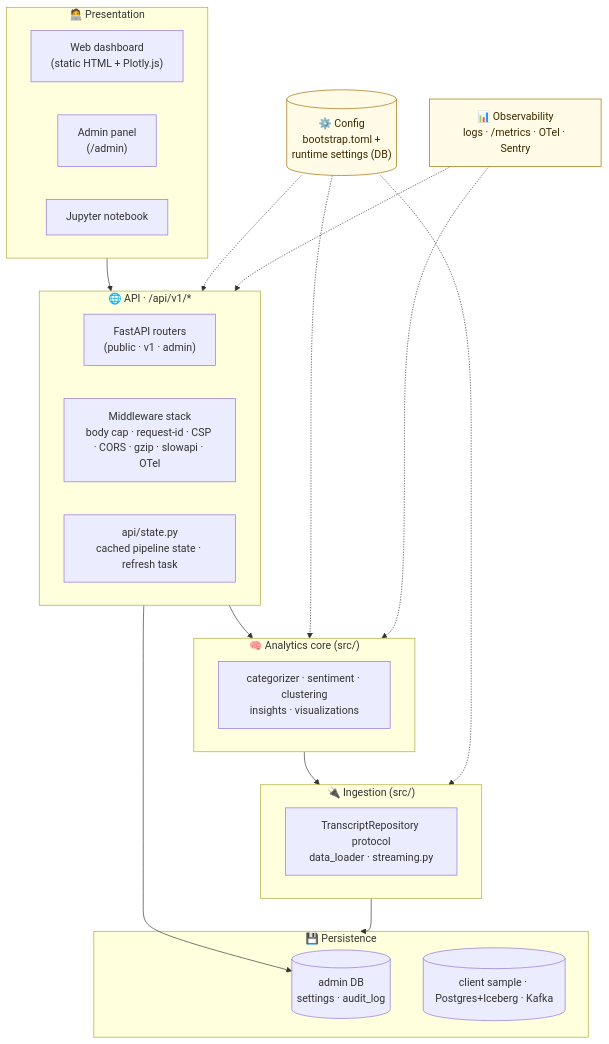
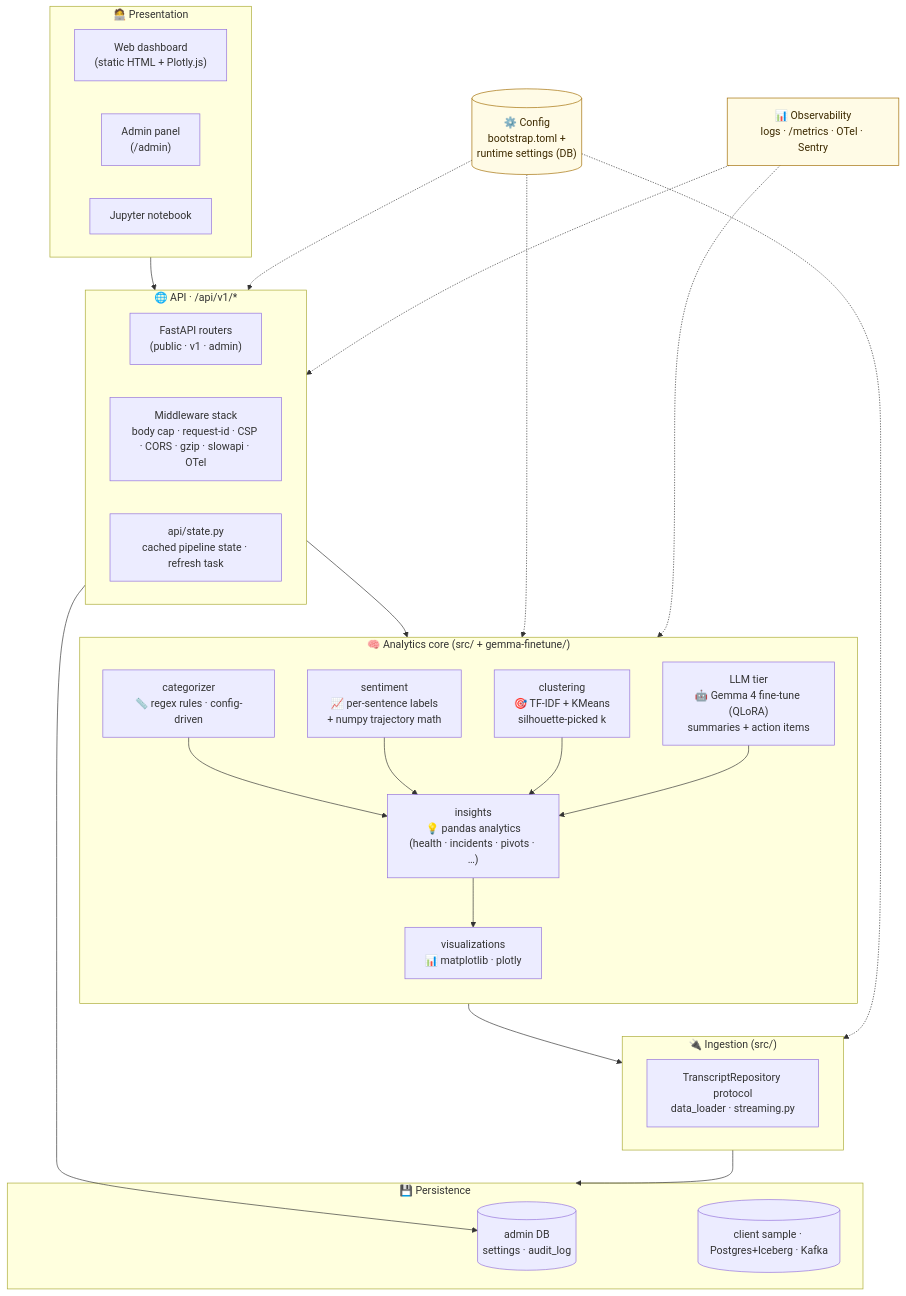
The second of 18 diagrams in docs/ARCHITECTURE.md (r2st/rubrik), drawn with Mermaid before and after one commit. The commit also changed other lines of this file and 1 other file, not shown here.

First line of the commit message:
Docs: surface algorithms + LLM tier in Analytics core

````diff
--- a/docs/ARCHITECTURE.md
+++ b/docs/ARCHITECTURE.md
@@ -102,39 +102,50 @@
 ```mermaid
 flowchart TB
     subgraph L5["🧑‍💻 Presentation"]
         UI["Web dashboard<br/>(static HTML + Plotly.js)"]
         AdminUI["Admin panel<br/>(/admin)"]
         Notebook["Jupyter notebook"]
     end
     subgraph L4["🌐 API · /api/v1/*"]
         Routes["FastAPI routers<br/>(public · v1 · admin)"]
         MW["Middleware stack<br/>body cap · request-id · CSP · CORS · gzip · slowapi · OTel"]
         State["api/state.py<br/>cached pipeline state · refresh task"]
     end
-    subgraph L3["🧠 Analytics core (src/)"]
-        Pipeline["categorizer · sentiment · clustering<br/>insights · visualizations"]
+    subgraph L3["🧠 Analytics core (src/ + gemma-finetune/)"]
+        direction TB
+        Rules["categorizer<br/>📏 regex rules · config-driven"]
+        SentS["sentiment<br/>📈 per-sentence labels<br/>+ numpy trajectory math"]
+        ML["clustering<br/>🎯 TF-IDF + KMeans<br/>silhouette-picked k"]
+        LLM["LLM tier<br/>🤖 Gemma 4 fine-tune (QLoRA)<br/>summaries + action items"]
+        InsightsB["insights<br/>💡 pandas analytics<br/>(health · incidents · pivots · …)"]
+        VizB["visualizations<br/>📊 matplotlib · plotly"]
+        Rules --> InsightsB
+        SentS --> InsightsB
+        ML --> InsightsB
+        LLM --> InsightsB
+        InsightsB --> VizB
     end
     subgraph L2["🔌 Ingestion (src/)"]
         IngestLayer["TranscriptRepository protocol<br/>data_loader · streaming.py"]
     end
     subgraph L1["💾 Persistence"]
         AdminDB[("admin DB<br/>settings · audit_log")]
         DataSrc[("client sample · Postgres+Iceberg · Kafka")]
     end
 
     L5 --> L4
     L4 --> L3
     L4 --> AdminDB
     L3 --> L2
     L2 --> L1
 
     Cfg2[("⚙️ Config<br/>bootstrap.toml +<br/>runtime settings (DB)")]:::cross
     Obs["📊 Observability<br/>logs · /metrics · OTel · Sentry"]:::cross
     Cfg2 -.-> L2
     Cfg2 -.-> L3
     Cfg2 -.-> L4
     Obs -.-> L3
     Obs -.-> L4
 
     classDef cross fill:#fffbe6,stroke:#a06b00,color:#3d2a00
 ```
````
